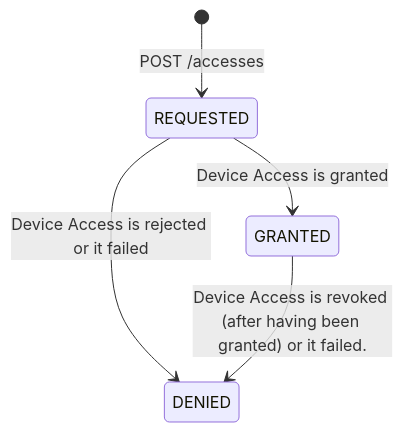
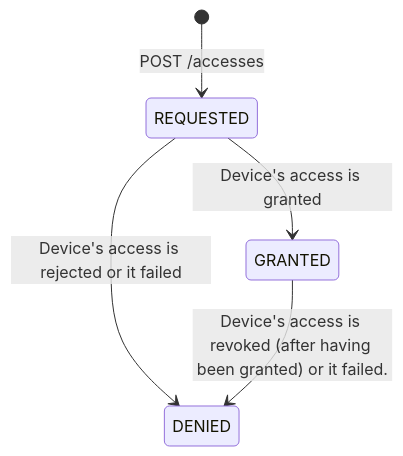
The fourth of 4 diagrams in documentation/API_documentation/DedicatedNetworks_GeneralDescription.md (camaraproject/DedicatedNetworks), drawn with Mermaid before and after one commit. The commit also changed other lines of this file and 1 other file, not shown here.

Commit message:
Support operations to manage access to dedicated network for multiple devices at a time

````diff
--- a/documentation/API_documentation/DedicatedNetworks_GeneralDescription.md
+++ b/documentation/API_documentation/DedicatedNetworks_GeneralDescription.md
@@ -222,7 +229,7 @@
 ```mermaid
 stateDiagram-v2
     [*] --> REQUESTED: POST /accesses
-    REQUESTED --> GRANTED: Device Access is granted
-    REQUESTED --> DENIED: Device Access is rejected or it failed
-    GRANTED --> DENIED: Device Access is revoked (after having been granted) or it failed.
+    REQUESTED --> GRANTED: Device's access is granted
+    REQUESTED --> DENIED: Device's access is rejected or it failed
+    GRANTED --> DENIED: Device's access is revoked (after having been granted) or it failed.
 ```
````
